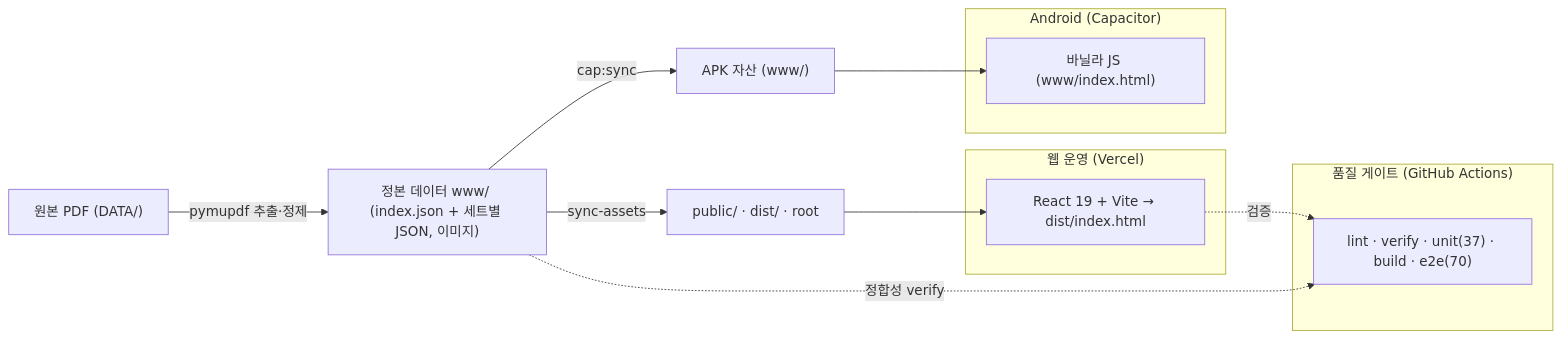
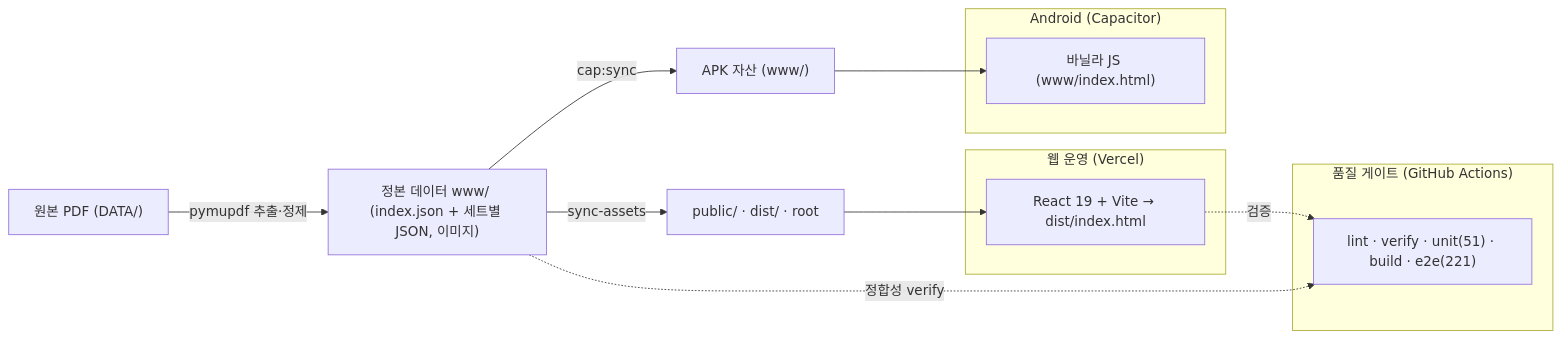
One commit to WindowHyun/ISTQB changed the diagram in README.md. Above: the diagram before and after it, drawn with Mermaid. The commit also changed other lines of this file and 3 other files, not shown here.

````diff
--- a/README.md
+++ b/README.md
@@ -156,21 +162,21 @@
 ```mermaid
 flowchart LR
   PDF["원본 PDF (DATA/)"] -->|pymupdf 추출·정제| SRC["정본 데이터 www/ (index.json + 세트별 JSON, 이미지)"]
   SRC -->|sync-assets| PUB["public/ · dist/ · root"]
   SRC -->|cap:sync| WWW["APK 자산 (www/)"]
 
   subgraph 웹_운영["웹 운영 (Vercel)"]
     REACT["React 19 + Vite → dist/index.html"]
   end
   subgraph APK["Android (Capacitor)"]
     VANILLA["바닐라 JS (www/index.html)"]
   end
   PUB --> REACT
   WWW --> VANILLA
 
   subgraph 품질["품질 게이트 (GitHub Actions)"]
-    CI["lint · verify · unit(37) · build · e2e(70)"]
+    CI["lint · verify · unit(51) · build · e2e(221)"]
   end
   REACT -.검증.-> CI
   SRC -.정합성 verify.-> CI
 ```
````
